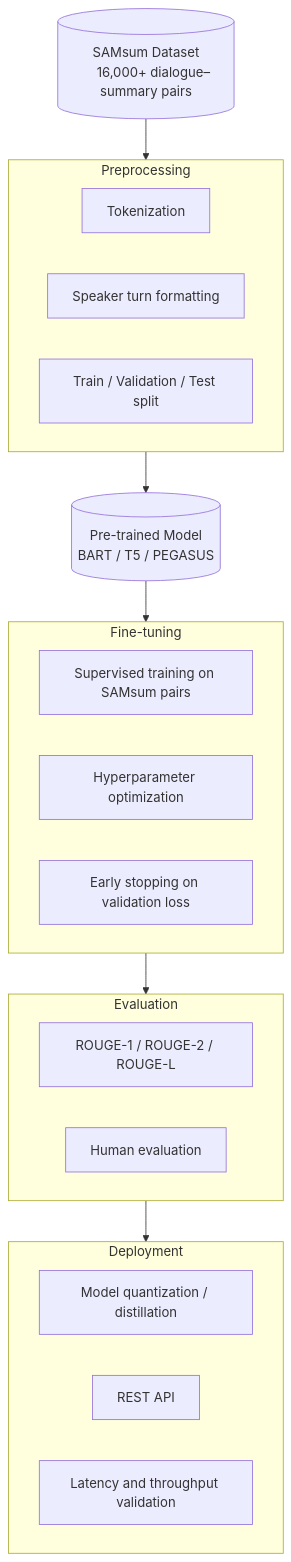
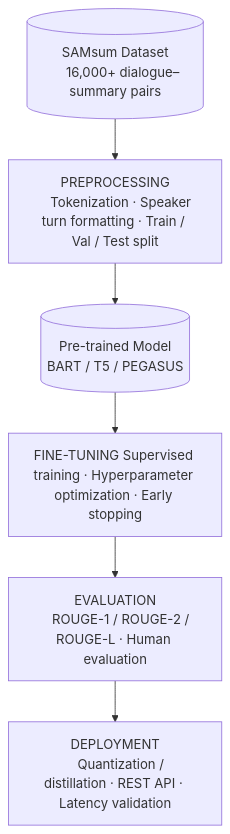
The diagram in project_pitch.md (rpremvaree12/NLP_SAMsum), drawn with Mermaid before and after one commit. The commit also changed other lines of this file and 6 other files, not shown here.

````diff
--- a/project_pitch.md
+++ b/project_pitch.md
@@ -123,37 +123,18 @@
 ```mermaid
 flowchart TD
     A[("SAMsum Dataset
-    16,000+ dialogue–summary pairs")] --> B
+    16,000+ dialogue–summary pairs")]
 
-    subgraph B["Preprocessing"]
-        B1[Tokenization]
-        B2[Speaker turn formatting]
-        B3[Train / Validation / Test split]
-    end
+    A --> B["PREPROCESSING
+    Tokenization · Speaker turn formatting · Train / Val / Test split"]
 
     B --> C[("Pre-trained Model
     BART / T5 / PEGASUS")]
 
-    C --> D
+    C --> D["FINE-TUNING Supervised training · Hyperparameter optimization · Early stopping"]
 
-    subgraph D["Fine-tuning"]
-        D1[Supervised training on SAMsum pairs]
-        D2[Hyperparameter optimization]
-        D3[Early stopping on validation loss]
-    end
-
-    D --> E
-
-    subgraph E["Evaluation"]
-        E1[ROUGE-1 / ROUGE-2 / ROUGE-L]
-        E2[Human evaluation]
-    end
-
-    E --> F
-
-    subgraph F["Deployment"]
-        F1[Model quantization / distillation]
-        F2[REST API]
-        F3[Latency and throughput validation]
-    end
+    D --> E["EVALUATION
+    ROUGE-1 / ROUGE-2 / ROUGE-L · Human evaluation"]
+    E --> F["DEPLOYMENT
+    Quantization / distillation · REST API · Latency validation"]
 ```
````
